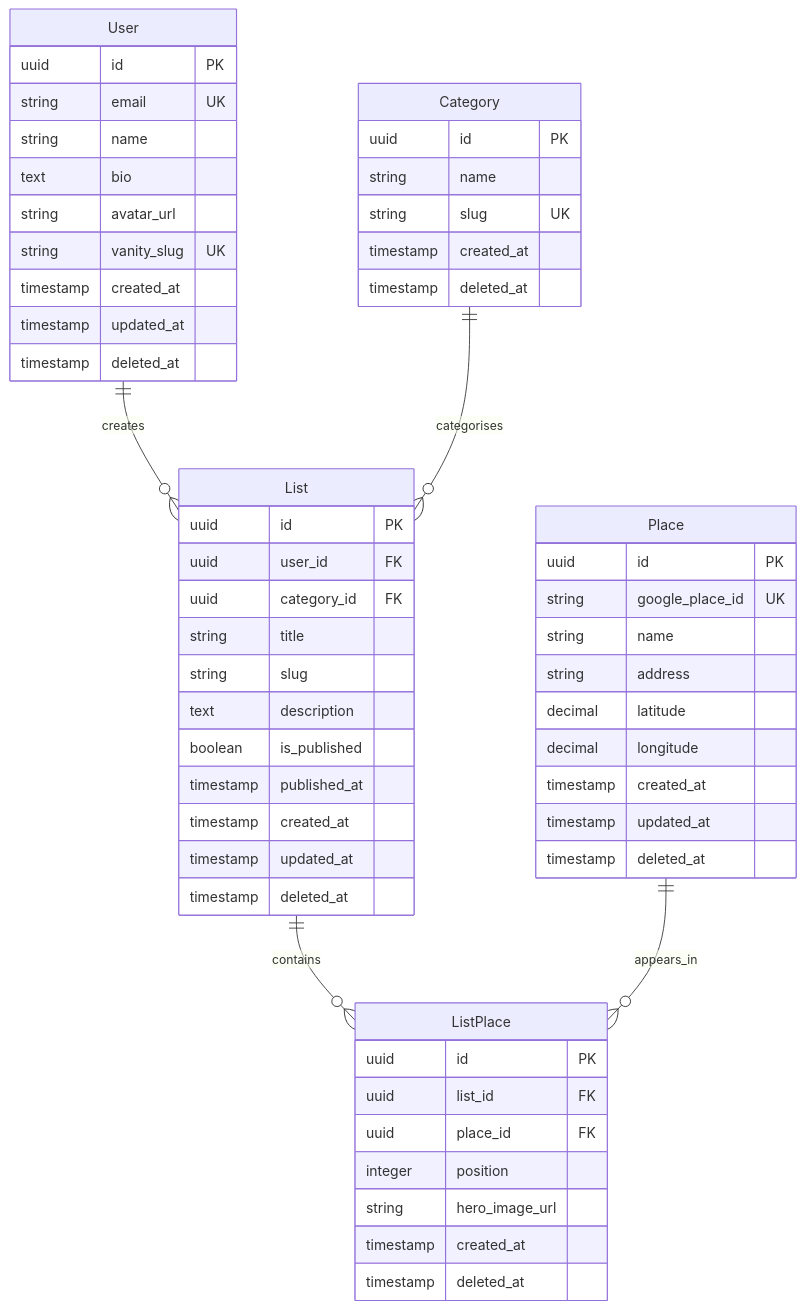
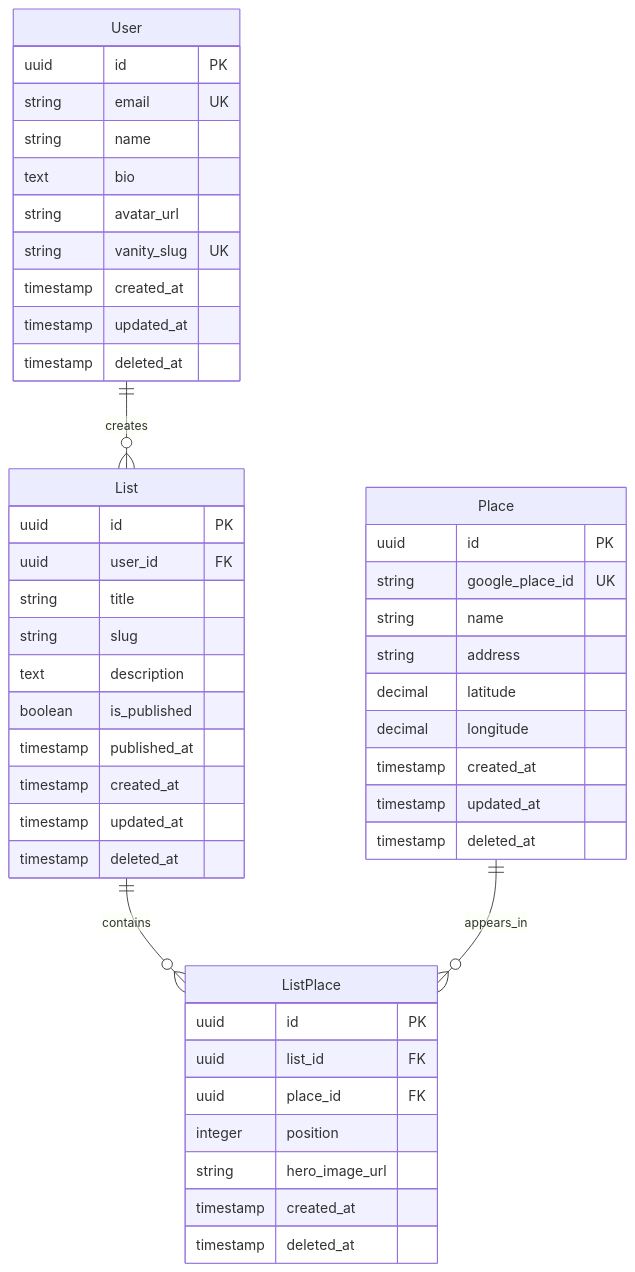
Before and after one commit to allev1985/topten: the second of 2 diagrams in docs/decisions/high-level.md, drawn with Mermaid. The commit also changed other lines of this file, not shown here.

````diff
--- a/docs/decisions/high-level.md
+++ b/docs/decisions/high-level.md
@@ -263,63 +246,53 @@
 ```mermaid
 erDiagram
     User ||--o{ List : creates
-    Category ||--o{ List : categorises
     List ||--o{ ListPlace : contains
     Place ||--o{ ListPlace : appears_in
 
     User {
         uuid id PK
         string email UK
         string name
         text bio
         string avatar_url
         string vanity_slug UK
         timestamp created_at
         timestamp updated_at
         timestamp deleted_at
     }
 
-    Category {
-        uuid id PK
-        string name
-        string slug UK
-        timestamp created_at
-        timestamp deleted_at
-    }
-
     List {
         uuid id PK
         uuid user_id FK
-        uuid category_id FK
         string title
         string slug
         text description
         boolean is_published
         timestamp published_at
         timestamp created_at
         timestamp updated_at
         timestamp deleted_at
     }
 
     Place {
         uuid id PK
         string google_place_id UK
         string name
         string address
         decimal latitude
         decimal longitude
         timestamp created_at
         timestamp updated_at
         timestamp deleted_at
     }
 
     ListPlace {
         uuid id PK
         uuid list_id FK
         uuid place_id FK
         integer position
         string hero_image_url
         timestamp created_at
         timestamp deleted_at
     }
 ```
````
